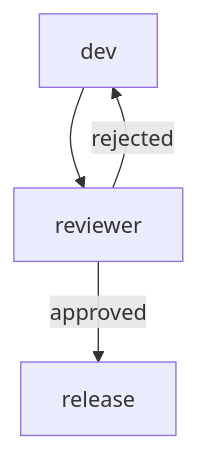
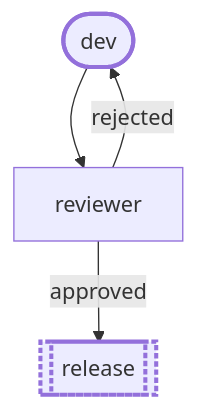
Before and after one commit to Dr0drigues/armadai: the diagram in docs/wiki/templates.md, drawn with Mermaid. The commit also changed other lines of this file and 25 other files, not shown here.

First line of the commit message:
feat(graph): formats, team view and mermaid.live (#538)

````diff
--- a/docs/wiki/templates.md
+++ b/docs/wiki/templates.md
@@ -100,9 +100,13 @@
 ```mermaid
 flowchart TD
-  n_dev["dev"]
-  n_release["release"]
+  n_dev(["dev"])
   n_reviewer["reviewer"]
+  n_release[["release"]]
   n_dev --> n_reviewer
   n_reviewer -->|"rejected"| n_dev
   n_reviewer -->|"approved"| n_release
+  classDef startStep stroke-width:3px
+  classDef endStep stroke-width:3px,stroke-dasharray:4 2
+  class n_dev startStep
+  class n_release endStep
 ```
````
